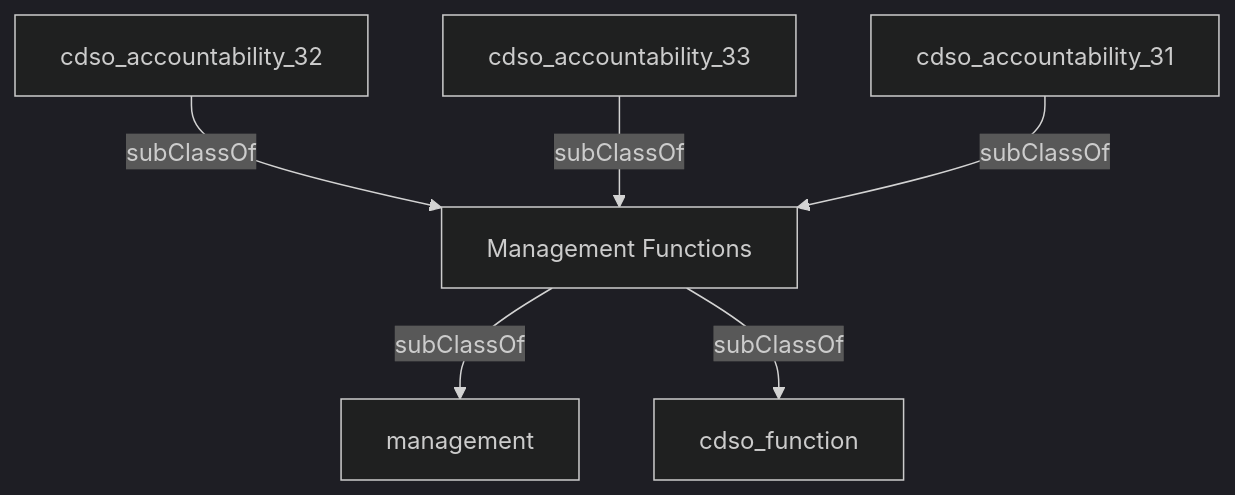
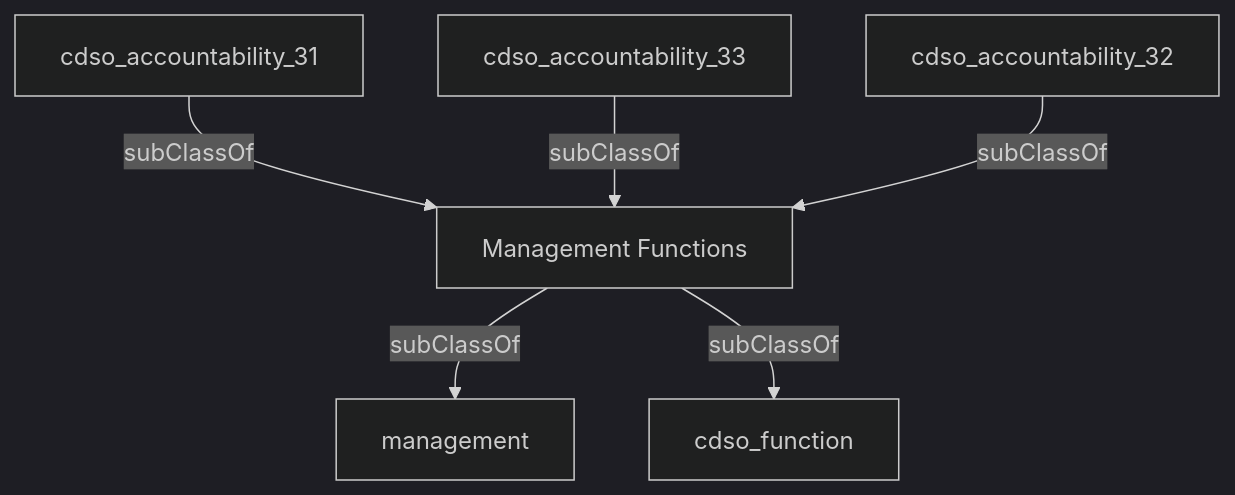
Before and after one commit to heidingaway/heidi2: the diagram in content/accountabilities/management_functions.md, drawn with Mermaid (dark theme). The commit also changed other lines of this file and 372 other files, not shown here.

````diff
--- a/content/accountabilities/management_functions.md
+++ b/content/accountabilities/management_functions.md
@@ -31,14 +25,14 @@
 ```mermaid
 graph TD
   Management_Functions["Management Functions"]:::current-page-node
   cdso_function["cdso_function"]
   management["management"]
   cdso_accountability_31["cdso_accountability_31"]
   cdso_accountability_32["cdso_accountability_32"]
   cdso_accountability_33["cdso_accountability_33"]
+  cdso_accountability_31-->|" subClassOf "|Management_Functions
+  cdso_accountability_33-->|" subClassOf "|Management_Functions
+  Management_Functions-->|" subClassOf "|management
   cdso_accountability_32-->|" subClassOf "|Management_Functions
-  Management_Functions-->|" subClassOf "|management
   Management_Functions-->|" subClassOf "|cdso_function
-  cdso_accountability_33-->|" subClassOf "|Management_Functions
-  cdso_accountability_31-->|" subClassOf "|Management_Functions
 ```
````
